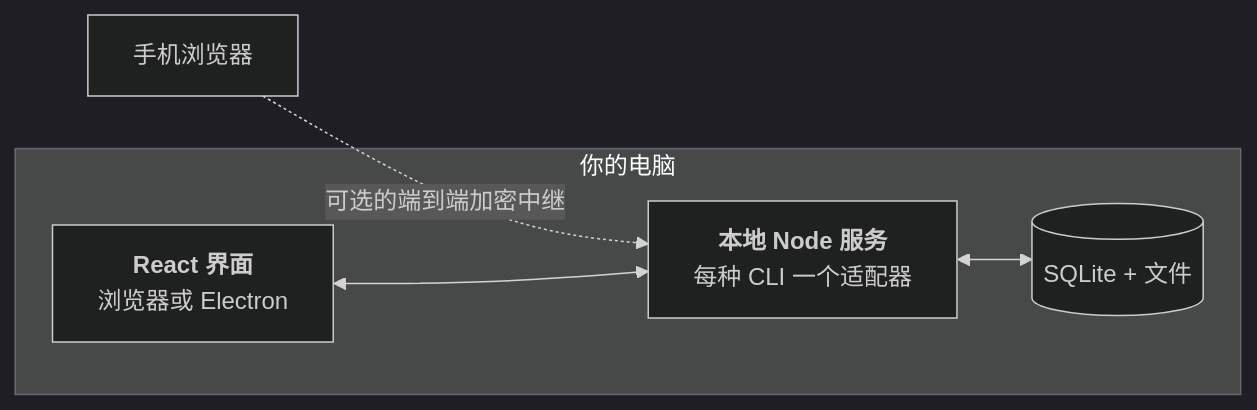
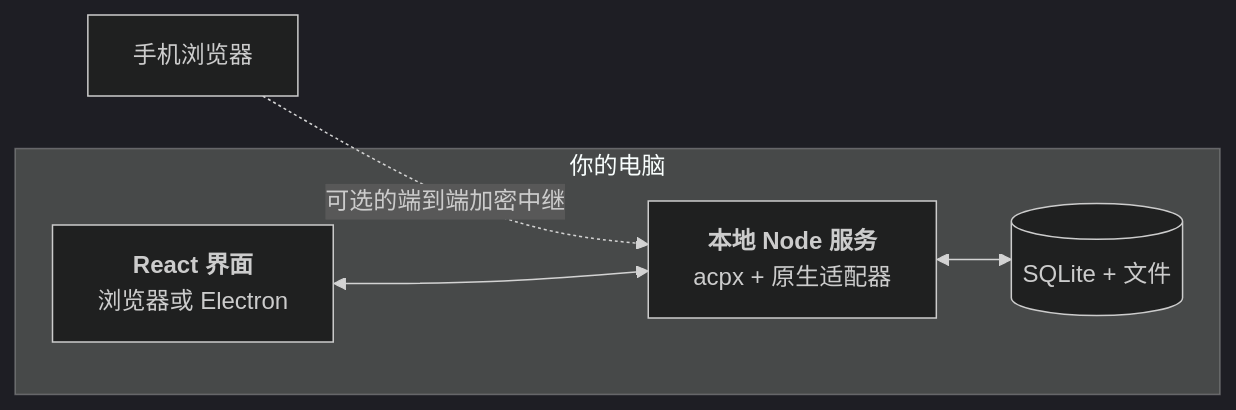
The second of 2 diagrams in README.zh-CN.md (maktub-ai/mandala), drawn with Mermaid (dark theme) before and after one commit. The commit also changed other lines of this file and 16 other files, not shown here.

````diff
--- a/README.zh-CN.md
+++ b/README.zh-CN.md
@@ -196,7 +196,7 @@
 ```mermaid
 flowchart LR
   phone["手机浏览器"] -. "可选的端到端加密中继" .-> svc
   subgraph machine["你的电脑"]
-    ui["<b>React 界面</b><br/>浏览器或 Electron"] <--> svc["<b>本地 Node 服务</b><br/>每种 CLI 一个适配器"] <--> db[("SQLite + 文件")]
+    ui["<b>React 界面</b><br/>浏览器或 Electron"] <--> svc["<b>本地 Node 服务</b><br/>acpx + 原生适配器"] <--> db[("SQLite + 文件")]
   end
 ```
````
